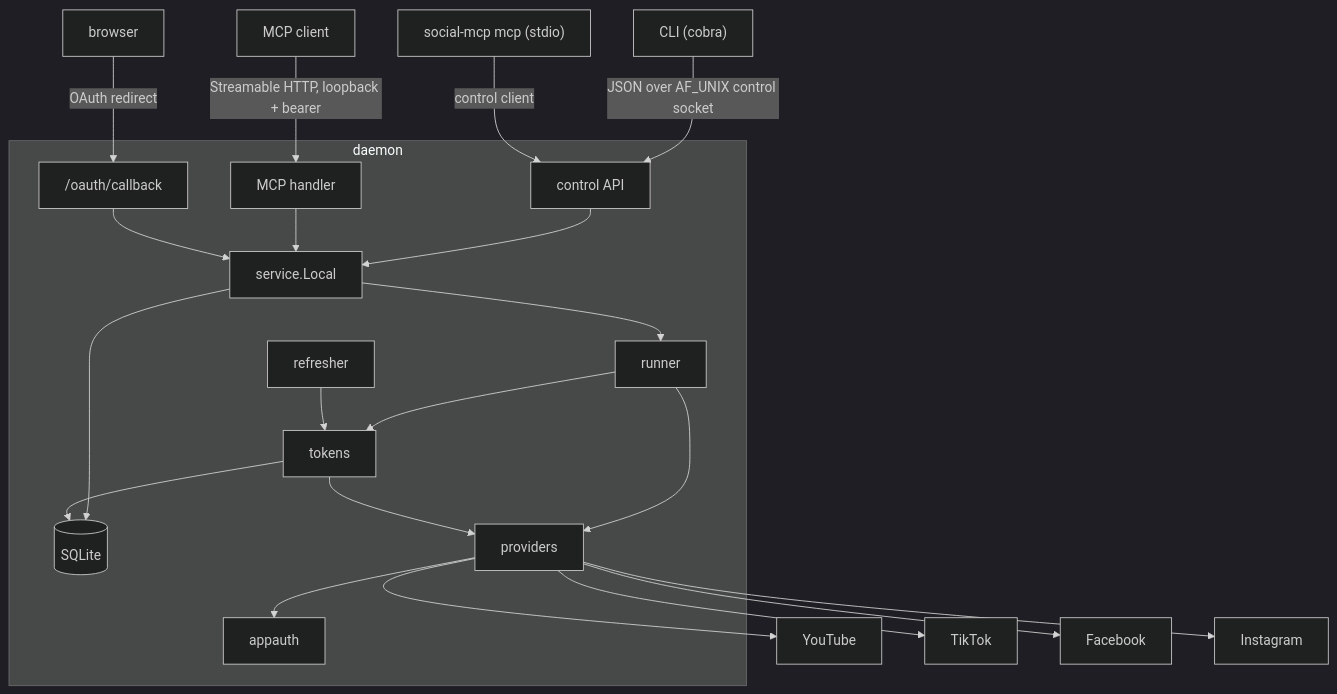
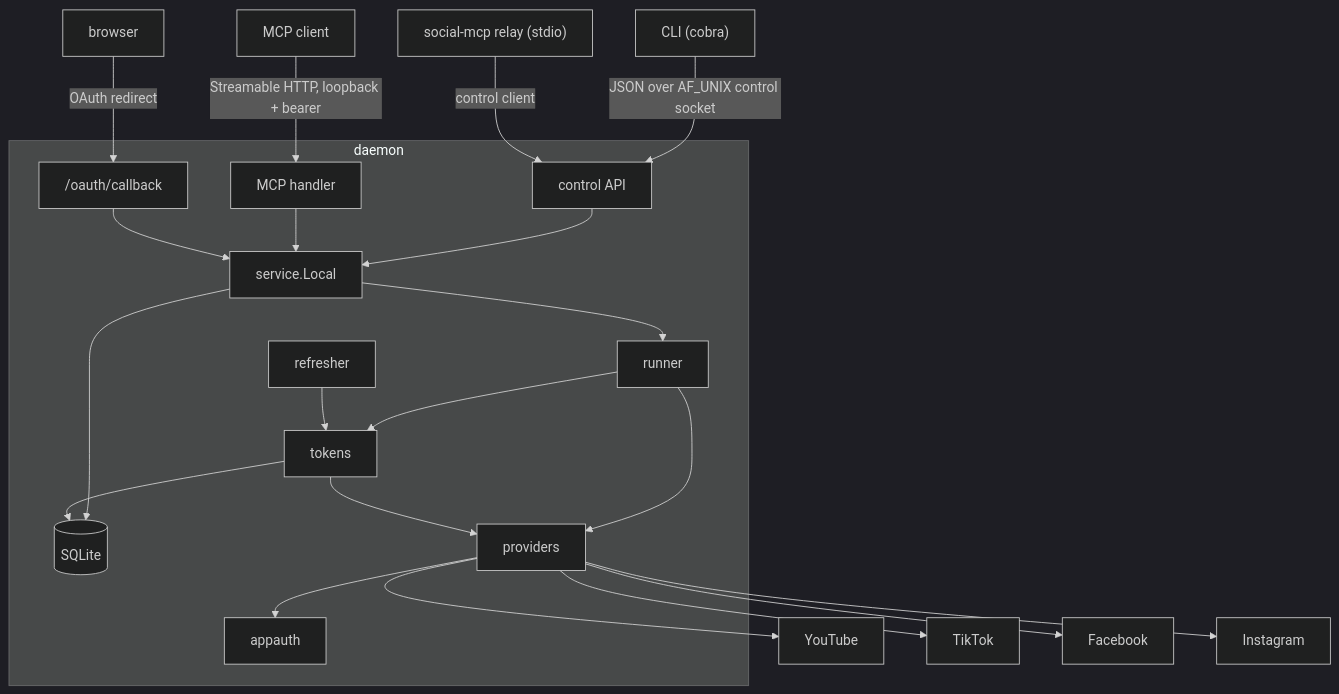
Before and after one commit to nhatnam1507/social-mcp: the diagram in docs/architecture.md, drawn with Mermaid (dark theme). The commit also changed other lines of this file and 1 other file, not shown here.

Commit message:
docs: describe connect, the relay and the WSL setup

````diff
--- a/docs/architecture.md
+++ b/docs/architecture.md
@@ -5,21 +5,21 @@
 ```mermaid
 flowchart TD
   CLI["CLI (cobra)"] -->|JSON over AF_UNIX control socket| CTRL[control API]
-  STDIO["social-mcp mcp (stdio)"] -->|control client| CTRL
+  STDIO["social-mcp relay (stdio)"] -->|control client| CTRL
   AGENT[MCP client] -->|"Streamable HTTP, loopback + bearer"| MCPH[MCP handler]
   BROWSER[browser] -->|OAuth redirect| CB["/oauth/callback"]
   subgraph daemon
     CTRL --> SVC[service.Local]
     MCPH --> SVC
     CB --> SVC
     SVC --> RUN[runner]
     SVC --> STORE[(SQLite)]
     RUN --> TOK[tokens]
     REF[refresher] --> TOK
     TOK --> STORE
     RUN --> PROV[providers]
     TOK --> PROV
     PROV --> APP[appauth]
   end
   PROV --> YT[YouTube] & TT[TikTok] & FB[Facebook] & IG[Instagram]
 ```
````
